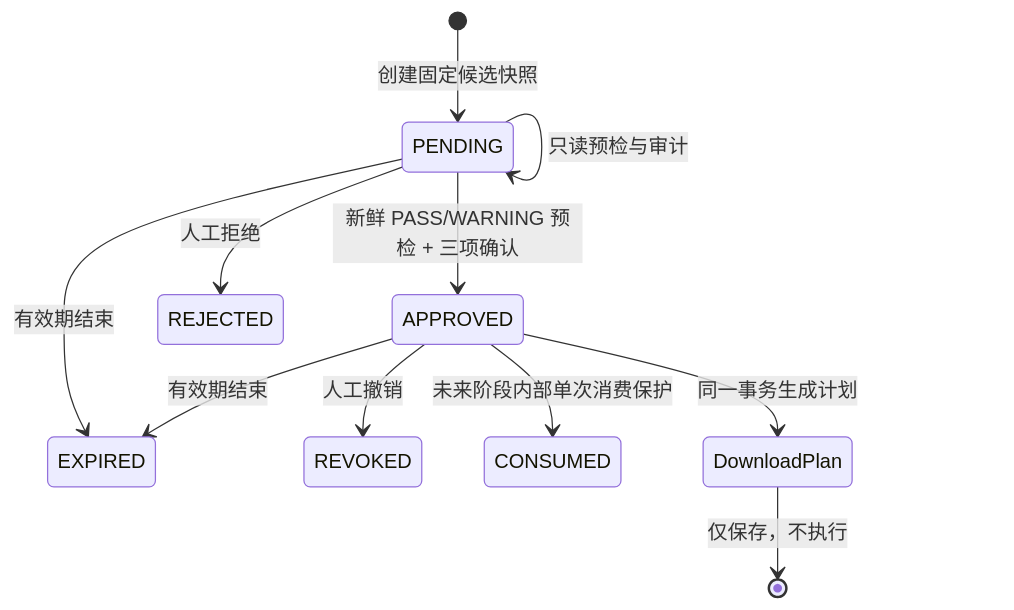
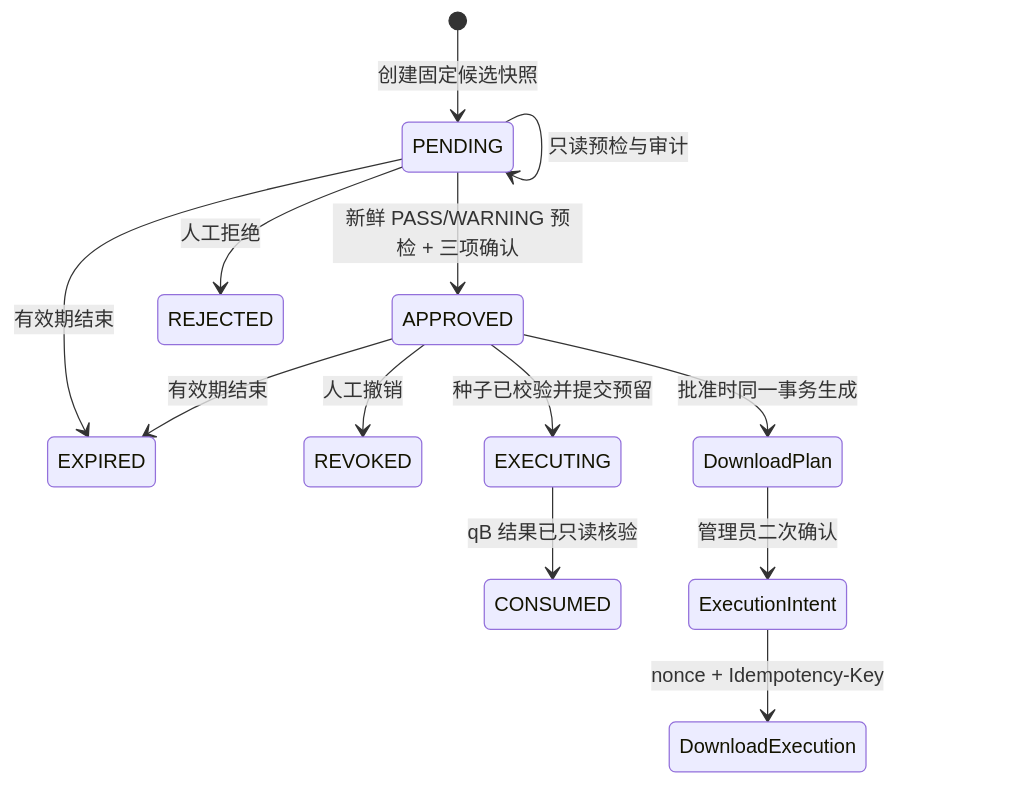
One commit to Guanerdie/LibSeek changed the second of 2 diagrams in docs/architecture.md. Above: the diagram before and after it, drawn with Mermaid. The commit also changed other lines of this file and 76 other files, not shown here.

````diff
--- a/docs/architecture.md
+++ b/docs/architecture.md
@@ -63,13 +72,15 @@
 ```mermaid
 stateDiagram-v2
   [*] --> PENDING: 创建固定候选快照
   PENDING --> PENDING: 只读预检与审计
   PENDING --> APPROVED: 新鲜 PASS/WARNING 预检 + 三项确认
   PENDING --> REJECTED: 人工拒绝
   PENDING --> EXPIRED: 有效期结束
   APPROVED --> REVOKED: 人工撤销
   APPROVED --> EXPIRED: 有效期结束
-  APPROVED --> CONSUMED: 未来阶段内部单次消费保护
-  APPROVED --> DownloadPlan: 同一事务生成计划
-  DownloadPlan --> [*]: 仅保存，不执行
+  APPROVED --> DownloadPlan: 批准时同一事务生成
+  APPROVED --> EXECUTING: 种子已校验并提交预留
+  EXECUTING --> CONSUMED: qB 结果已只读核验
+  DownloadPlan --> ExecutionIntent: 管理员二次确认
+  ExecutionIntent --> DownloadExecution: nonce + Idempotency-Key
 ```
````
